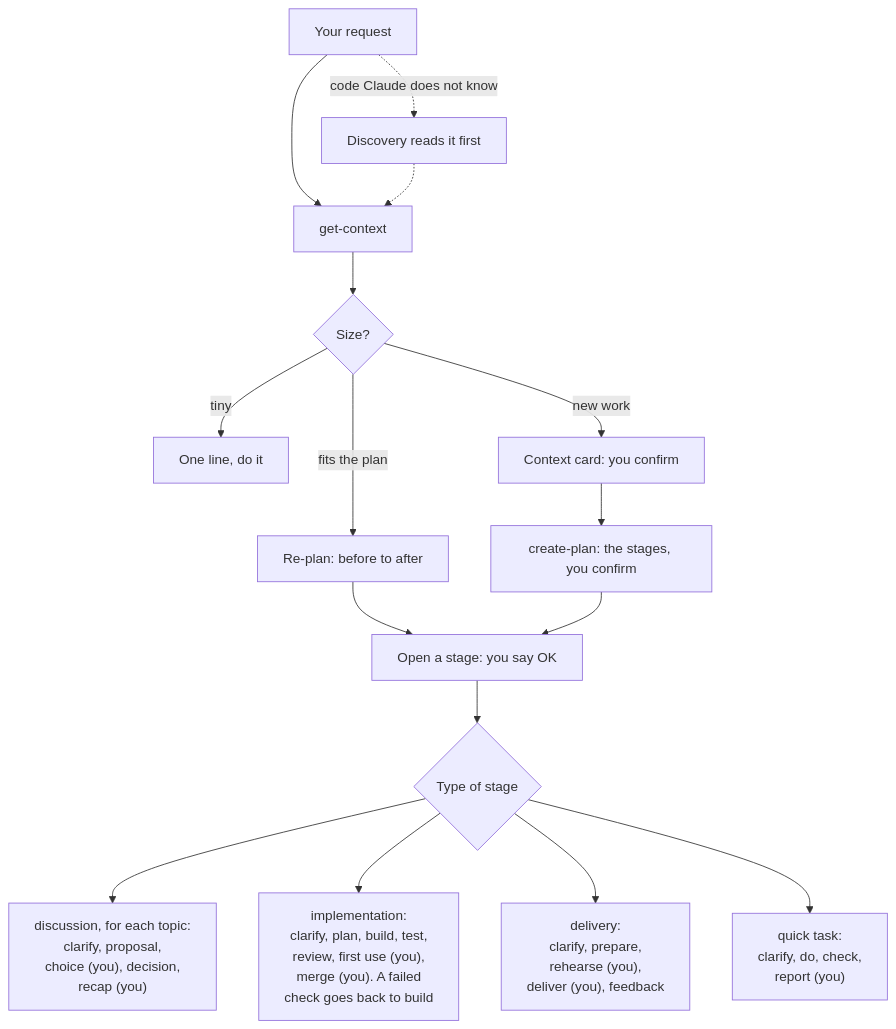
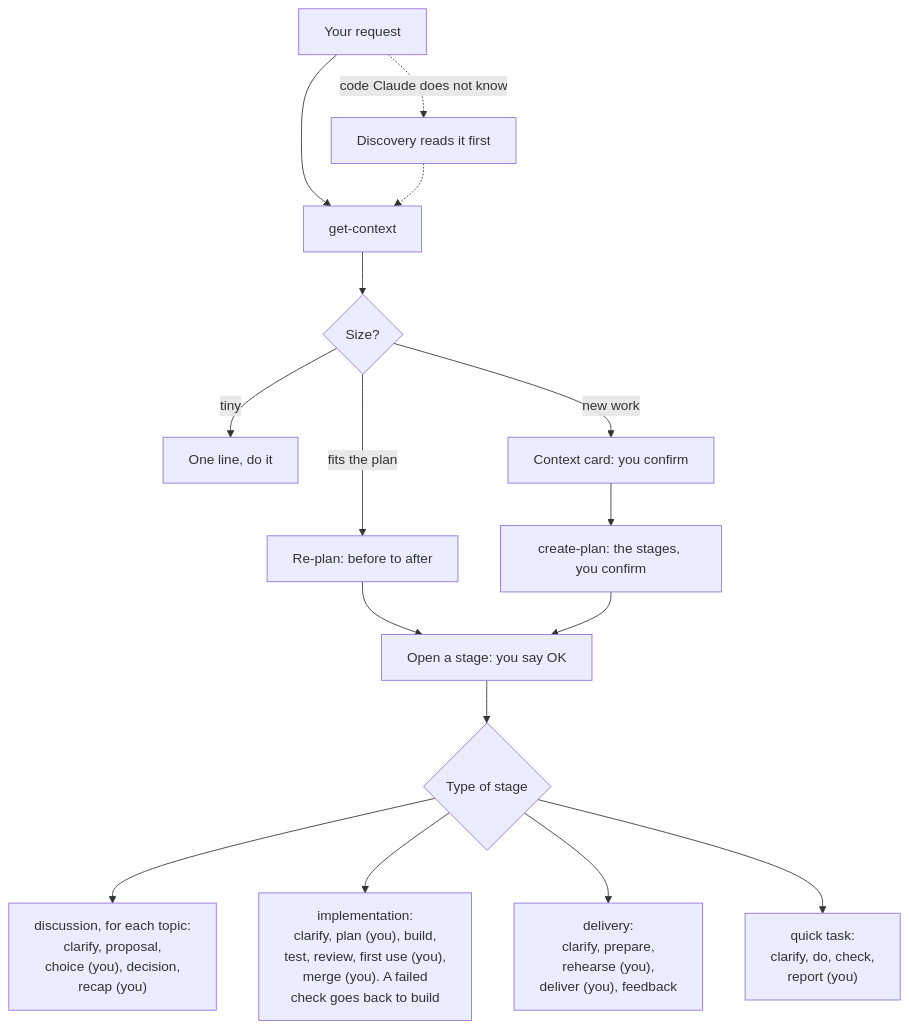
One commit to FreddyZeta1847/blueprint changed the diagram in README.md. Above: the diagram before and after it, drawn with Mermaid. The commit also changed other lines of this file and 3 other files, not shown here.

````diff
--- a/README.md
+++ b/README.md
@@ -29,18 +29,18 @@
 ```mermaid
 flowchart TD
     A[Your request] --> C[get-context]
     A -. code Claude does not know .-> X[Discovery reads it first]
     X -.-> C
     C --> B{Size?}
     B -- tiny --> T[One line, do it]
     B -- fits the plan --> R[Re-plan: before to after]
     B -- new work --> K[Context card: you confirm]
     K --> P[create-plan: the stages, you confirm]
     R --> O
     P --> O[Open a stage: you say OK]
     O --> Y{Type of stage}
     Y --> DI["discussion, for each topic:<br/>clarify, proposal,<br/>choice (you), decision,<br/>recap (you)"]
-    Y --> IM["implementation:<br/>clarify, plan, build, test,<br/>review, first use (you),<br/>merge (you). A failed<br/>check goes back to build"]
+    Y --> IM["implementation:<br/>clarify, plan (you), build,<br/>test, review, first use (you),<br/>merge (you). A failed<br/>check goes back to build"]
     Y --> DE["delivery:<br/>clarify, prepare,<br/>rehearse (you),<br/>deliver (you), feedback"]
     Y --> QT["quick task:<br/>clarify, do, check,<br/>report (you)"]
 ```
````
